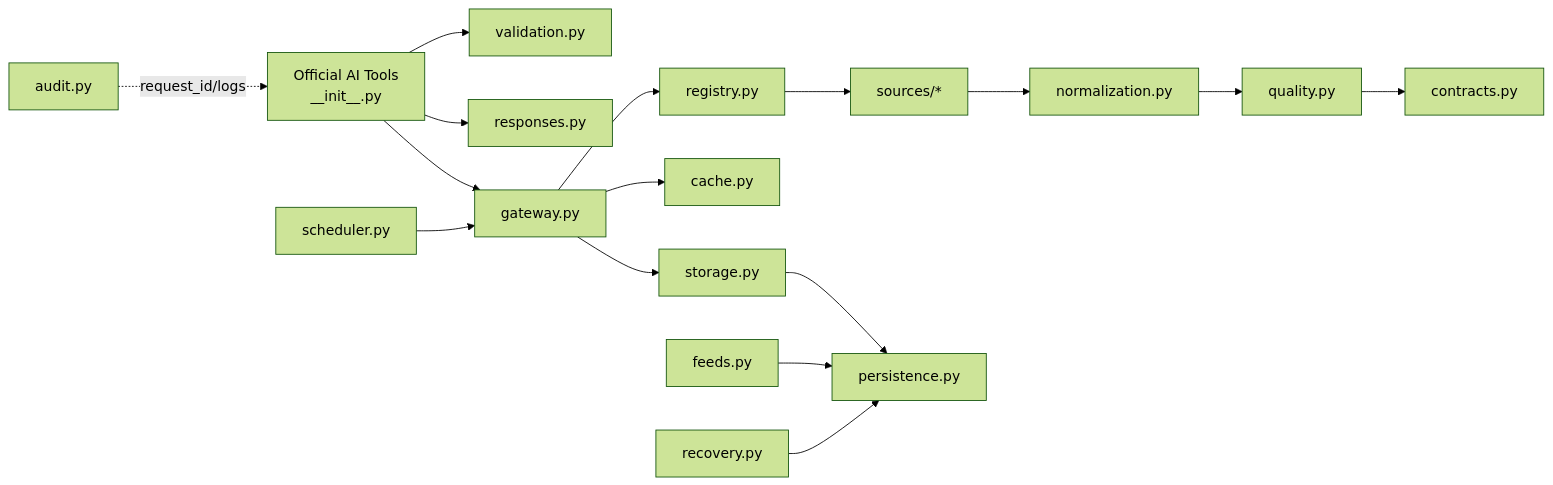
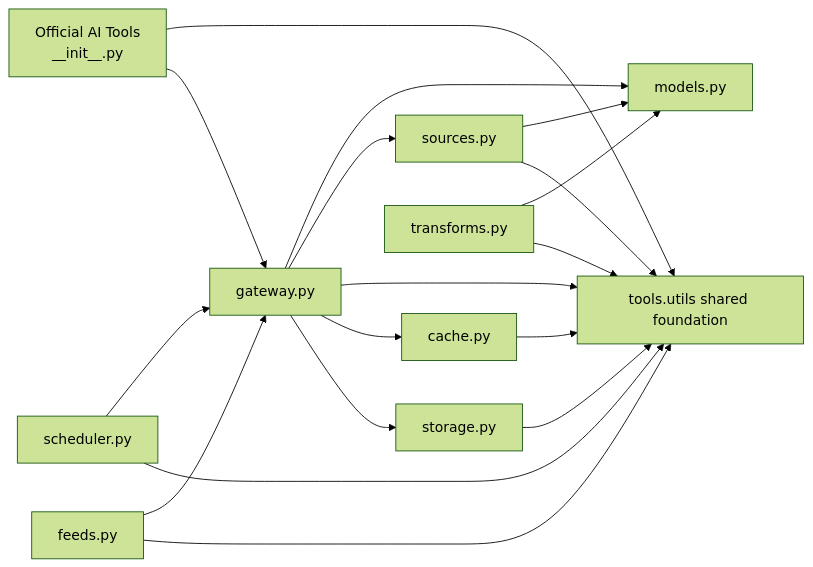
One commit to haruperi/Quant changed the first of 2 diagrams in docs/source-requirements/02-data.md. Above: the diagram before and after it, drawn with Mermaid (forest theme). The commit also changed other lines of this file and 93 other files, not shown here.

````diff
--- a/docs/source-requirements/02-data.md
+++ b/docs/source-requirements/02-data.md
@@ -192,19 +184,21 @@
 ```mermaid
 flowchart LR
   Tools[Official AI Tools
-__init__.py] --> Validate[validation.py]
-  Tools --> Responses[responses.py]
+__init__.py] --> Utils[tools.utils shared foundation]
   Tools --> Gateway[gateway.py]
-  Gateway --> Registry[registry.py]
-  Registry --> Sources[sources/*]
-  Sources --> Normalization[normalization.py]
-  Normalization --> Quality[quality.py]
-  Quality --> Contracts[contracts.py]
+  Gateway --> Models[models.py]
+  Gateway --> Sources[sources.py]
+  Sources --> Models
+  Gateway --> Utils
+  Sources --> Utils
   Gateway --> Cache[cache.py]
   Gateway --> Storage[storage.py]
-  Storage --> Persistence[persistence.py]
+  Cache --> Utils
+  Storage --> Utils
   Scheduler[scheduler.py] --> Gateway
-  Feeds[feeds.py] --> Persistence
-  Recovery[recovery.py] --> Persistence
-  Audit[audit.py] -. request_id/logs .-> Tools
+  Scheduler --> Utils
+  Feeds[feeds.py] --> Gateway
+  Feeds --> Utils
+  Transforms[transforms.py] --> Models
+  Transforms --> Utils
 ```
````
